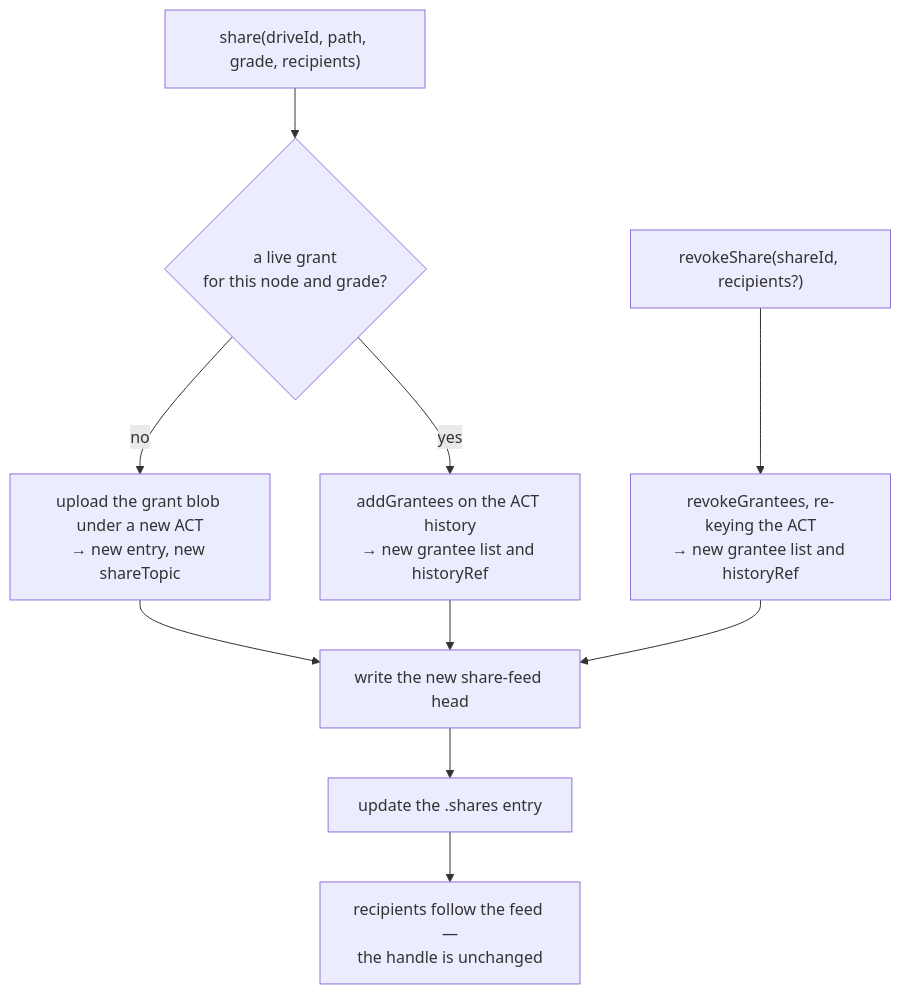
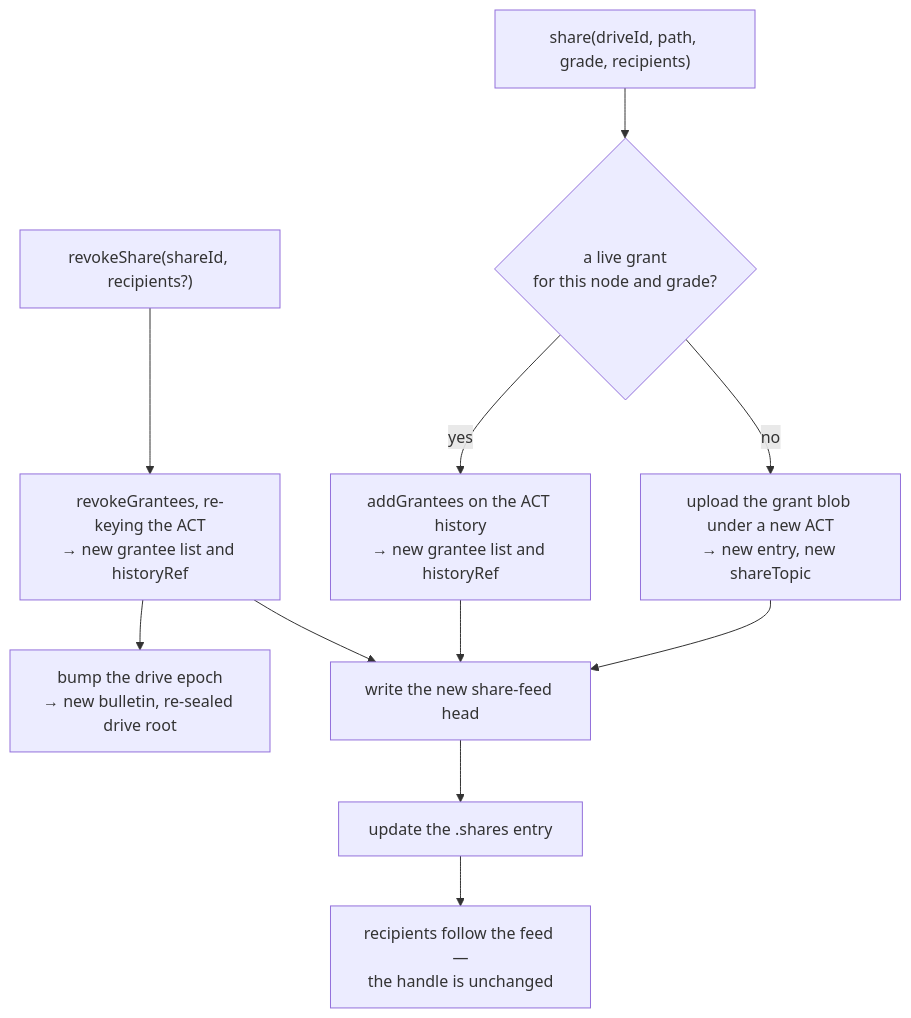
One commit to Solar-Punk-Ltd/file-manager-lib changed the fourth of 6 diagrams in docs/ACCESS_CONTROL.md. Above: the diagram before and after it, drawn with Mermaid. The commit also changed other lines of this file and 22 other files, not shown here.

````diff
--- a/docs/ACCESS_CONTROL.md
+++ b/docs/ACCESS_CONTROL.md
@@ -308,12 +308,13 @@
 ```mermaid
 flowchart TD
     A["share(driveId, path, grade, recipients)"] --> B{"a live grant<br/>for this node and grade?"}
     B -- no --> M["upload the grant blob under a new ACT<br/>→ new entry, new shareTopic"]
     B -- yes --> C["addGrantees on the ACT history<br/>→ new grantee list and historyRef"]
     R["revokeShare(shareId, recipients?)"] --> C2["revokeGrantees, re-keying the ACT<br/>→ new grantee list and historyRef"]
+    C2 --> C3["bump the drive epoch<br/>→ new bulletin, re-sealed drive root"]
     M --> D["write the new share-feed head"]
     C --> D
     C2 --> D
     D --> E["update the .shares entry"]
     E --> F["recipients follow the feed —<br/>the handle is unchanged"]
 ```
````
